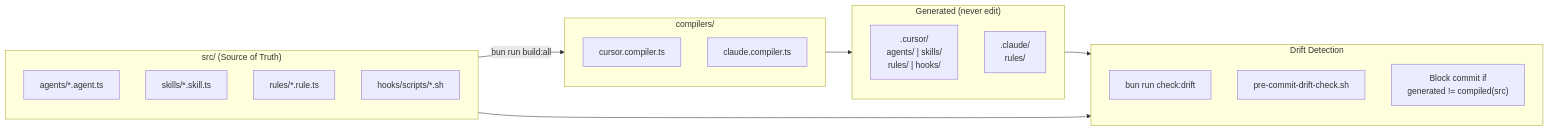
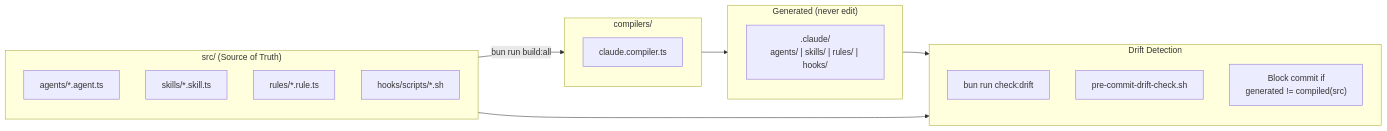
Before and after one commit to asibilia/luca-framework: the ninth of 12 diagrams in docs/agent-framework/luca/framework-diagram.md, drawn with Mermaid. The commit also changed other lines of this file and 804 other files, not shown here.

````diff
--- a/docs/agent-framework/luca/framework-diagram.md
+++ b/docs/agent-framework/luca/framework-diagram.md
@@ -438,29 +436,27 @@
 ```mermaid
 flowchart LR
     subgraph Source["src/ (Source of Truth)"]
         AGENTS_SRC["agents/*.agent.ts"]
         SKILLS_SRC["skills/*.skill.ts"]
         RULES_SRC["rules/*.rule.ts"]
         HOOKS_SRC["hooks/scripts/*.sh"]
     end
 
     subgraph Compilers["compilers/"]
-        CURSOR_COMP["cursor.compiler.ts"]
         CLAUDE_COMP["claude.compiler.ts"]
     end
 
     subgraph Output["Generated (never edit)"]
-        CURSOR_OUT[".cursor/<br/>agents/ | skills/<br/>rules/ | hooks/"]
-        CLAUDE_OUT[".claude/<br/>rules/"]
+        CLAUDE_OUT[".claude/<br/>agents/ | skills/ | rules/ | hooks/"]
     end
 
     subgraph Guard["Drift Detection"]
         CHECK["bun run check:drift"]
         HOOK["pre-commit-drift-check.sh"]
         BLOCK["Block commit if<br/>generated != compiled(src)"]
     end
 
     Source -->|"bun run build:all"| Compilers --> Output
     Output --> Guard
     Source --> Guard
 ```
````
